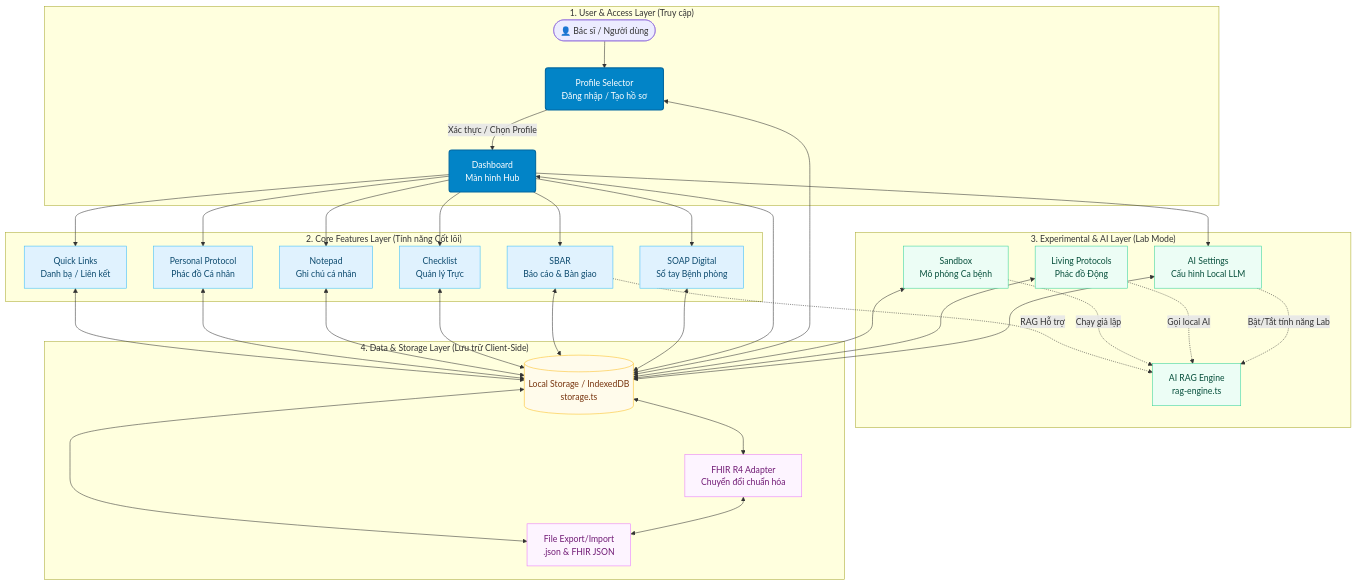
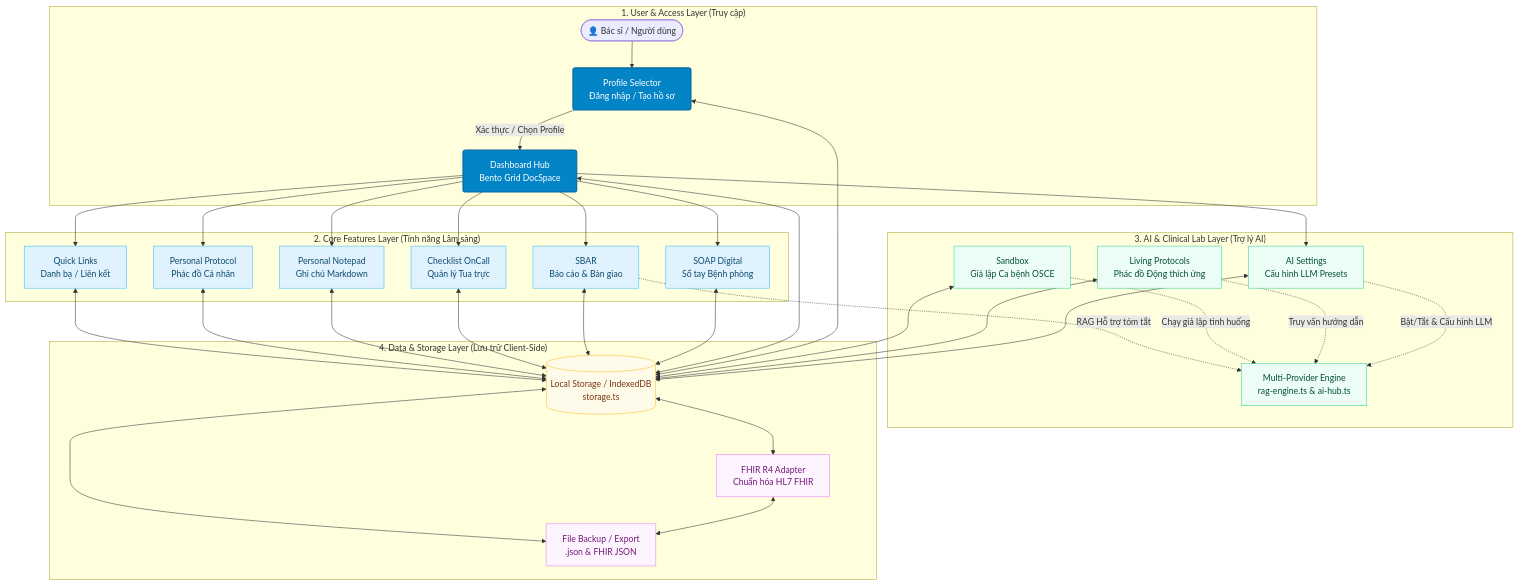
The diagram in src/content/docspace/DOCSPACE_ECOSYSTEM.md (DrYooDong/Apps_ykhoa), drawn with Mermaid before and after one commit. The commit also changed other lines of this file and 77 other files, not shown here.

````diff
--- a/src/content/docspace/DOCSPACE_ECOSYSTEM.md
+++ b/src/content/docspace/DOCSPACE_ECOSYSTEM.md
@@ -9,74 +10,74 @@
 ```mermaid
 graph TD
     %% Define Styles
     classDef core fill:#0284c7,stroke:#0369a1,stroke-width:2px,color:#fff,rx:5px;
     classDef feature fill:#e0f2fe,stroke:#38bdf8,stroke-width:1px,color:#0c4a6e;
     classDef data fill:#fdf4ff,stroke:#e879f9,stroke-width:1px,color:#701a75;
     classDef storage fill:#fffbeb,stroke:#fbbf24,stroke-width:1px,color:#78350f;
     classDef ai fill:#ecfdf5,stroke:#34d399,stroke-width:1px,color:#064e3b;
 
     subgraph "1. User & Access Layer (Truy cập)"
         U([👤 Bác sĩ / Người dùng])
         Login[Profile Selector<br/>Đăng nhập / Tạo hồ sơ]:::core
-        Dash[Dashboard<br/>Màn hình Hub]:::core
+        Dash[Dashboard Hub<br/>Bento Grid DocSpace]:::core
     end
 
-    subgraph "2. Core Features Layer (Tính năng Cốt lõi)"
+    subgraph "2. Core Features Layer (Tính năng Lâm sàng)"
         SOAP[SOAP Digital<br/>Sổ tay Bệnh phòng]:::feature
         SBAR[SBAR<br/>Báo cáo & Bàn giao]:::feature
-        OnCall[Checklist<br/>Quản lý Trực]:::feature
-        Notes[Notepad<br/>Ghi chú cá nhân]:::feature
+        OnCall[Checklist OnCall<br/>Quản lý Tua trực]:::feature
+        Notes[Personal Notepad<br/>Ghi chú Markdown]:::feature
         Protocol[Personal Protocol<br/>Phác đồ Cá nhân]:::feature
         Links[Quick Links<br/>Danh bạ / Liên kết]:::feature
     end
 
-    subgraph "3. Experimental & AI Layer (Lab Mode)"
-        AIEngine[AI RAG Engine<br/>rag-engine.ts]:::ai
-        LivingProtocol[Living Protocols<br/>Phác đồ Động]:::ai
-        Sandbox[Sandbox<br/>Mô phỏng Ca bệnh]:::ai
-        AISettings[AI Settings<br/>Cấu hình Local LLM]:::ai
+    subgraph "3. AI & Clinical Lab Layer (Trợ lý AI)"
+        AIEngine[Multi-Provider Engine<br/>rag-engine.ts & ai-hub.ts]:::ai
+        LivingProtocol[Living Protocols<br/>Phác đồ Động thích ứng]:::ai
+        Sandbox[Sandbox<br/>Giả lập Ca bệnh OSCE]:::ai
+        AISettings[AI Settings<br/>Cấu hình LLM Presets]:::ai
     end
 
     subgraph "4. Data & Storage Layer (Lưu trữ Client-Side)"
         Storage[(Local Storage / IndexedDB<br/>storage.ts)]:::storage
-        FHIRAdapter[FHIR R4 Adapter<br/>Chuyển đổi chuẩn hóa]:::data
-        JSONExport[File Export/Import<br/>.json & FHIR JSON]:::data
+        FHIRAdapter[FHIR R4 Adapter<br/>Chuẩn hóa HL7 FHIR]:::data
+        JSONExport[File Backup / Export<br/>.json & FHIR JSON]:::data
     end
 
     %% Interactions - Access
     U --> Login
     Login -- "Xác thực / Chọn Profile" --> Dash
     
     %% Interactions - Features
     Dash --> SOAP
     Dash --> SBAR
     Dash --> OnCall
     Dash --> Notes
     Dash --> Protocol
     Dash --> Links
     Dash --> AISettings
 
     %% Interactions - Storage
     Login <--> Storage
     Dash <--> Storage
     SOAP <--> Storage
     SBAR <--> Storage
     OnCall <--> Storage
     Notes <--> Storage
     Protocol <--> Storage
     Links <--> Storage
     AISettings <--> Storage
 
     Storage <--> FHIRAdapter
     FHIRAdapter <--> JSONExport
     Storage <--> JSONExport
 
     %% Interactions - AI
-    AISettings -. "Bật/Tắt tính năng Lab" .-> AIEngine
-    LivingProtocol -. "Gọi local AI" .-> AIEngine
-    Sandbox -. "Chạy giả lập" .-> AIEngine
-    SBAR -. "RAG Hỗ trợ" .-> AIEngine
+    AISettings -. "Bật/Tắt & Cấu hình LLM" .-> AIEngine
+    LivingProtocol -. "Truy vấn hướng dẫn" .-> AIEngine
+    Sandbox -. "Chạy giả lập tình huống" .-> AIEngine
+    SBAR -. "RAG Hỗ trợ tóm tắt" .-> AIEngine
     
     LivingProtocol <--> Storage
     Sandbox <--> Storage
 ```
````
